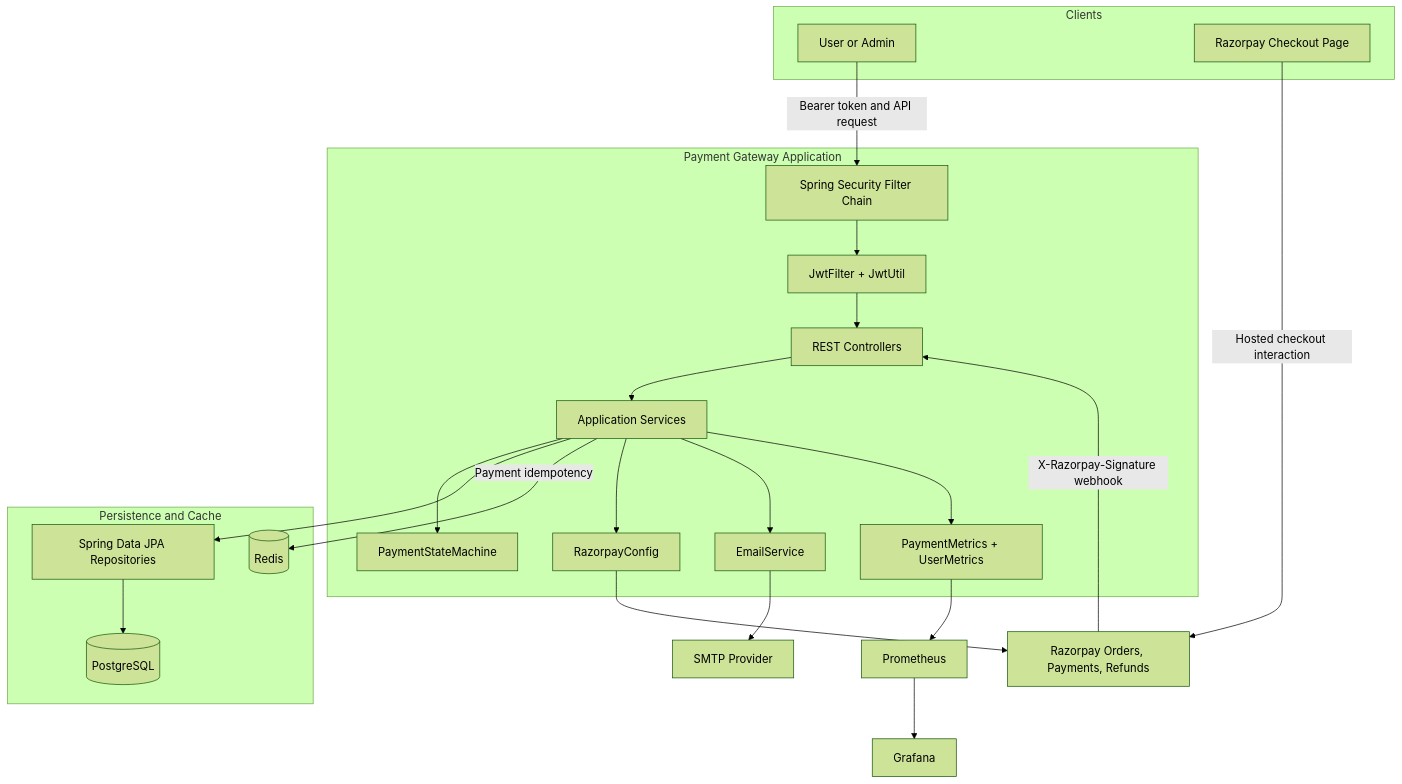
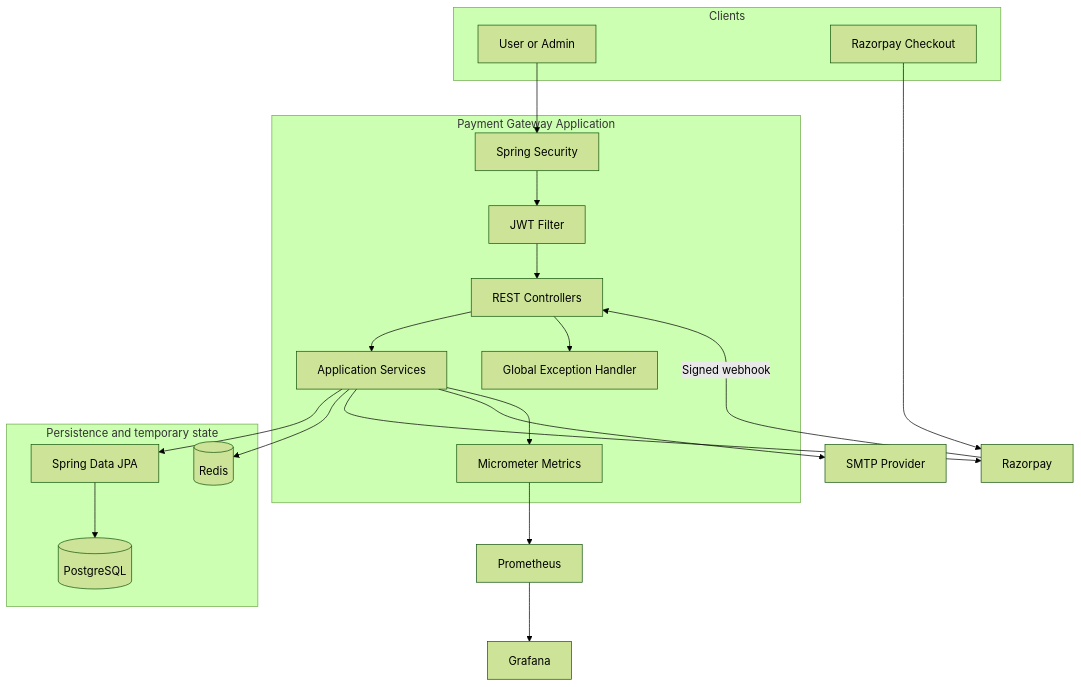
Before and after one commit to NIHAL29SINGH/securepaymentprivategateway: the second of 4 diagrams in README.md, drawn with Mermaid (forest theme). The commit also changed other lines of this file, not shown here.

````diff
--- a/README.md
+++ b/README.md
@@ -64,47 +131,43 @@
 ```mermaid
 flowchart TB
     subgraph clients[Clients]
         user[User or Admin]
-        checkout[Razorpay Checkout Page]
+        checkout[Razorpay Checkout]
     end
 
     subgraph app[Payment Gateway Application]
-        security[Spring Security Filter Chain]
-        jwt[JwtFilter + JwtUtil]
+        security[Spring Security]
+        jwt[JWT Filter]
         controllers[REST Controllers]
         services[Application Services]
-        state[PaymentStateMachine]
-        metrics[PaymentMetrics + UserMetrics]
-        email[EmailService]
-        razorConfig[RazorpayConfig]
+        handlers[Global Exception Handler]
+        metrics[Micrometer Metrics]
     end
 
-    subgraph data[Persistence and Cache]
-        repositories[Spring Data JPA Repositories]
+    subgraph data[Persistence and temporary state]
+        repositories[Spring Data JPA]
         postgres[(PostgreSQL)]
         redis[(Redis)]
     end
 
-    razorpay[Razorpay Orders, Payments, Refunds]
+    razorpay[Razorpay]
     smtp[SMTP Provider]
     prometheus[Prometheus]
     grafana[Grafana]
 
-    user -->|Bearer token and API request| security
+    user --> security
     security --> jwt
     jwt --> controllers
     controllers --> services
-    services --> state
+    controllers --> handlers
     services --> repositories
     repositories --> postgres
-    services -->|Payment idempotency| redis
-    services --> razorConfig
-    razorConfig --> razorpay
-    razorpay -->|X-Razorpay-Signature webhook| controllers
-    services --> email
-    email --> smtp
+    services --> redis
+    services --> razorpay
+    razorpay -->|Signed webhook| controllers
+    services --> smtp
     services --> metrics
     metrics --> prometheus
     prometheus --> grafana
-    checkout -->|Hosted checkout interaction| razorpay
+    checkout --> razorpay
 ```
````
